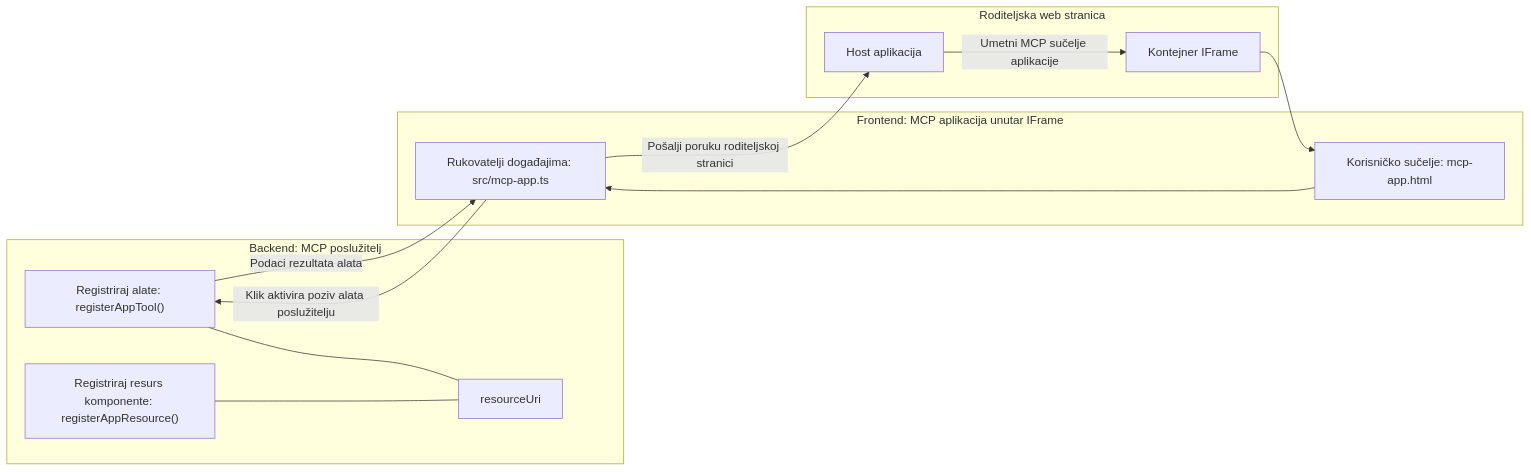
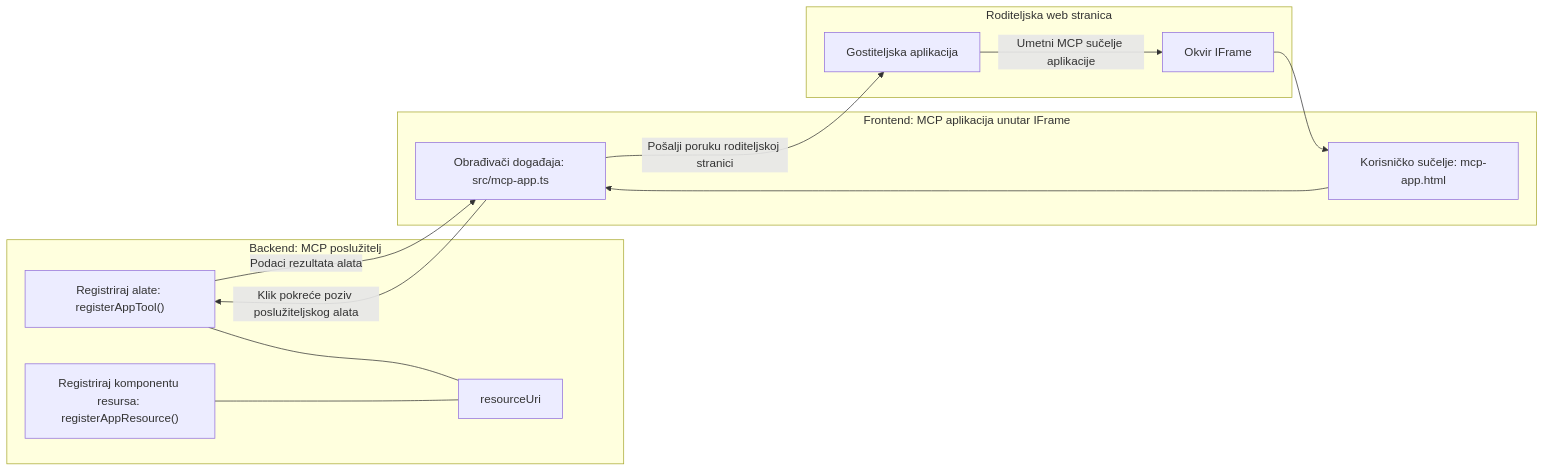
One commit to HIDORAKAI002/ai-workspace-archive changed the diagram in mcp_ecosystem__model_context_protocol/mcp_learning_resources/mcp-for-beginners/translations/hr/03-GettingStarted/15-mcp-apps/README.md. Above: the diagram before and after it, drawn with Mermaid. The commit also changed other lines of this file and 1160 other files, not shown here.

````diff
--- a/mcp_ecosystem__model_context_protocol/mcp_learning_resources/mcp-for-beginners/translations/hr/03-GettingStarted/15-mcp-apps/README.md
+++ b/mcp_ecosystem__model_context_protocol/mcp_learning_resources/mcp-for-beginners/translations/hr/03-GettingStarted/15-mcp-apps/README.md
@@ -32,27 +32,27 @@
 ```mermaid
 flowchart LR
   subgraph Backend[Backend: MCP poslužitelj]
     T["Registriraj alate: registerAppTool()"]
-    C["Registriraj resurs komponente: registerAppResource()"]
+    C["Registriraj komponentu resursa: registerAppResource()"]
     U[resourceUri]
     T --- U
     C --- U
   end
 
   subgraph Parent[Roditeljska web stranica]
-    H[Host aplikacija]
-    IFRAME[Kontejner IFrame]
+    H[Gostiteljska aplikacija]
+    IFRAME[Okvir IFrame]
     H -->|Umetni MCP sučelje aplikacije| IFRAME
   end
 
   subgraph Frontend[Frontend: MCP aplikacija unutar IFrame]
     UI["Korisničko sučelje: mcp-app.html"]
-    EH["Rukovatelji događajima: src/mcp-app.ts"]
+    EH["Obrađivači događaja: src/mcp-app.ts"]
     UI --> EH
   end
 
   IFRAME --> UI
-  EH -->|Klik aktivira poziv alata poslužitelju| T
+  EH -->|Klik pokreće poziv poslužiteljskog alata| T
   T -->|Podaci rezultata alata| EH
   EH -->|Pošalji poruku roditeljskoj stranici| H
 ```
````
